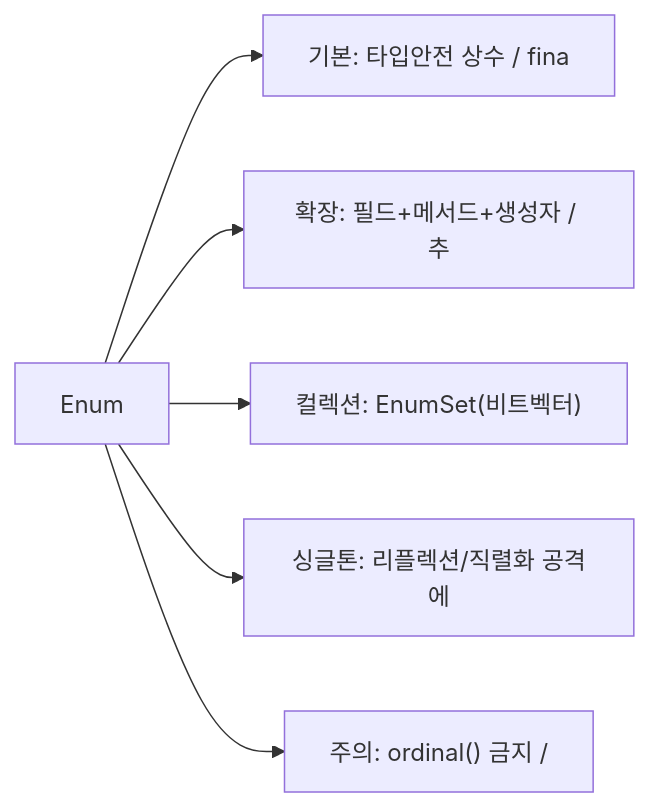
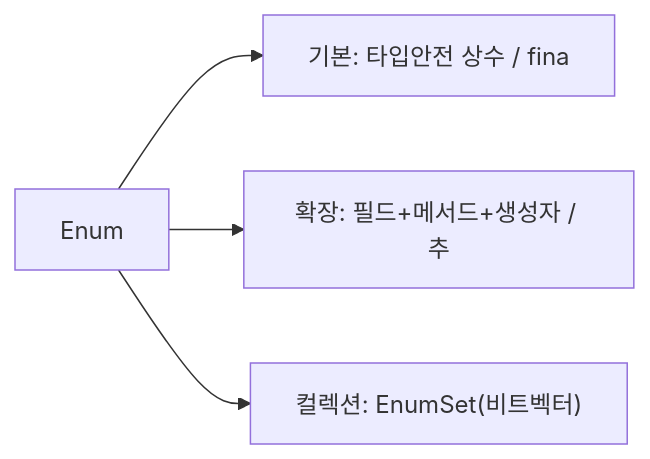
One commit to yjkim2015/yjkim2015.github.io changed the fourth of 4 diagrams in _posts/java/2026-05-01-java-enum.md. Above: the diagram before and after it, drawn with Mermaid. The commit also changed 132 other files, not shown here.

First line of the commit message:
Mermaid 다이어그램 가독성 정리: 단순 제거, 노드 축소, TD→LR 변환

````diff
--- a/_posts/java/2026-05-01-java-enum.md
+++ b/_posts/java/2026-05-01-java-enum.md
@@ -799,8 +799,6 @@
 ```mermaid
 graph LR
     A["Enum"] --> B["기본: 타입안전 상수 / fina"]
     A --> C["확장: 필드+메서드+생성자 / 추"]
     A --> D["컬렉션: EnumSet(비트벡터)"]
-    A --> E["싱글톤: 리플렉션/직렬화 공격에"]
-    A --> F["주의: ordinal() 금지 /"]
 ```
````
